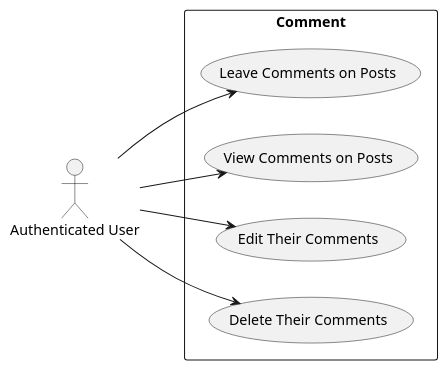
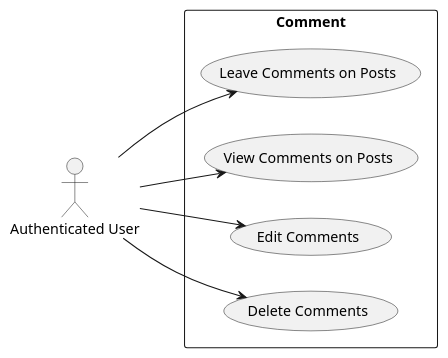
The seventh of 7 diagrams in docs/PLAN.md (eudooyoung/odin-book), drawn with PlantUML before and after one commit. The commit also changed other lines of this file and 1 other file, not shown here.

````diff
--- a/docs/PLAN.md
+++ b/docs/PLAN.md
@@ -204,14 +204,14 @@
 ```plantuml
 @startuml
 left to right direction
 
 actor "Authenticated User" as Member
 
 rectangle Comment {
   Member --> (Leave Comments on Posts)
   Member --> (View Comments on Posts)
-  Member --> (Edit Their Comments)
-  Member --> (Delete Their Comments)
+  Member --> (Edit Comments)
+  Member --> (Delete Comments)
 }
 @enduml
 ```
````
